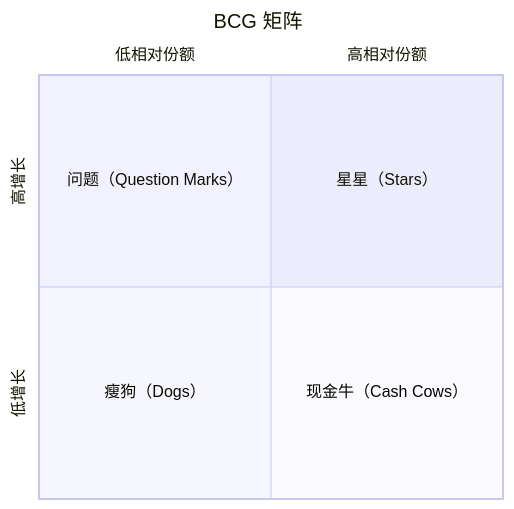
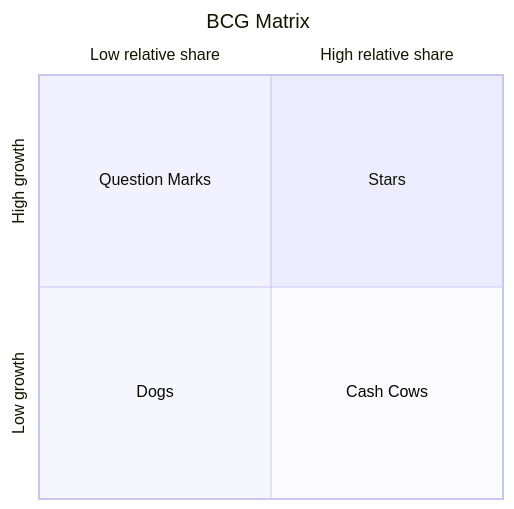
The diagram in references/strategy/bcg-matrix.md (Kirky-X/kueiku), drawn with Mermaid before and after one commit. The commit also changed other lines of this file and 126 other files, not shown here.

````diff
--- a/references/strategy/bcg-matrix.md
+++ b/references/strategy/bcg-matrix.md
@@ -52,10 +52,10 @@
 ```mermaid
 quadrantChart
-    title BCG 矩阵
-    x-axis 低相对份额 --> 高相对份额
-    y-axis 低增长 --> 高增长
-    quadrant-1 星星（Stars）
-    quadrant-2 问题（Question Marks）
-    quadrant-3 瘦狗（Dogs）
-    quadrant-4 现金牛（Cash Cows）
+    title BCG Matrix
+    x-axis Low relative share --> High relative share
+    y-axis Low growth --> High growth
+    quadrant-1 Stars
+    quadrant-2 Question Marks
+    quadrant-3 Dogs
+    quadrant-4 Cash Cows
 ```
````
